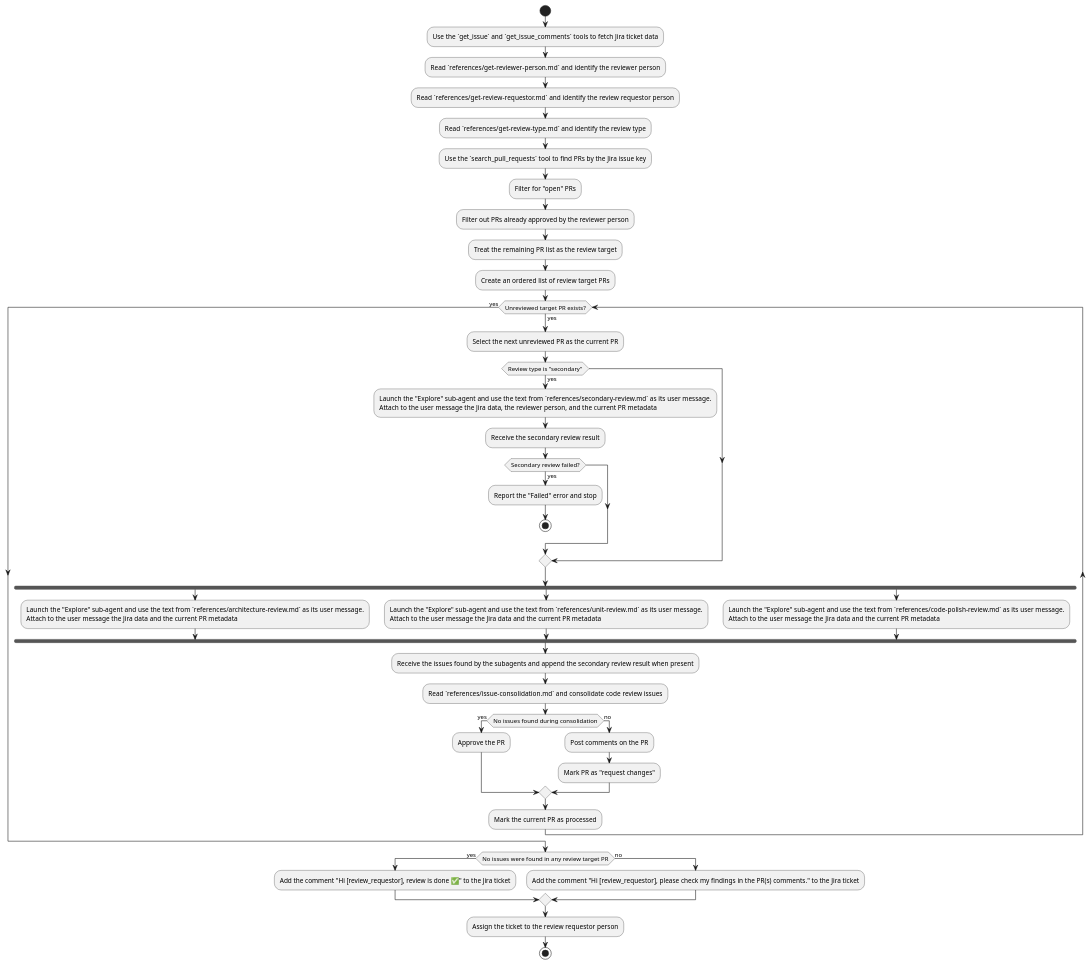
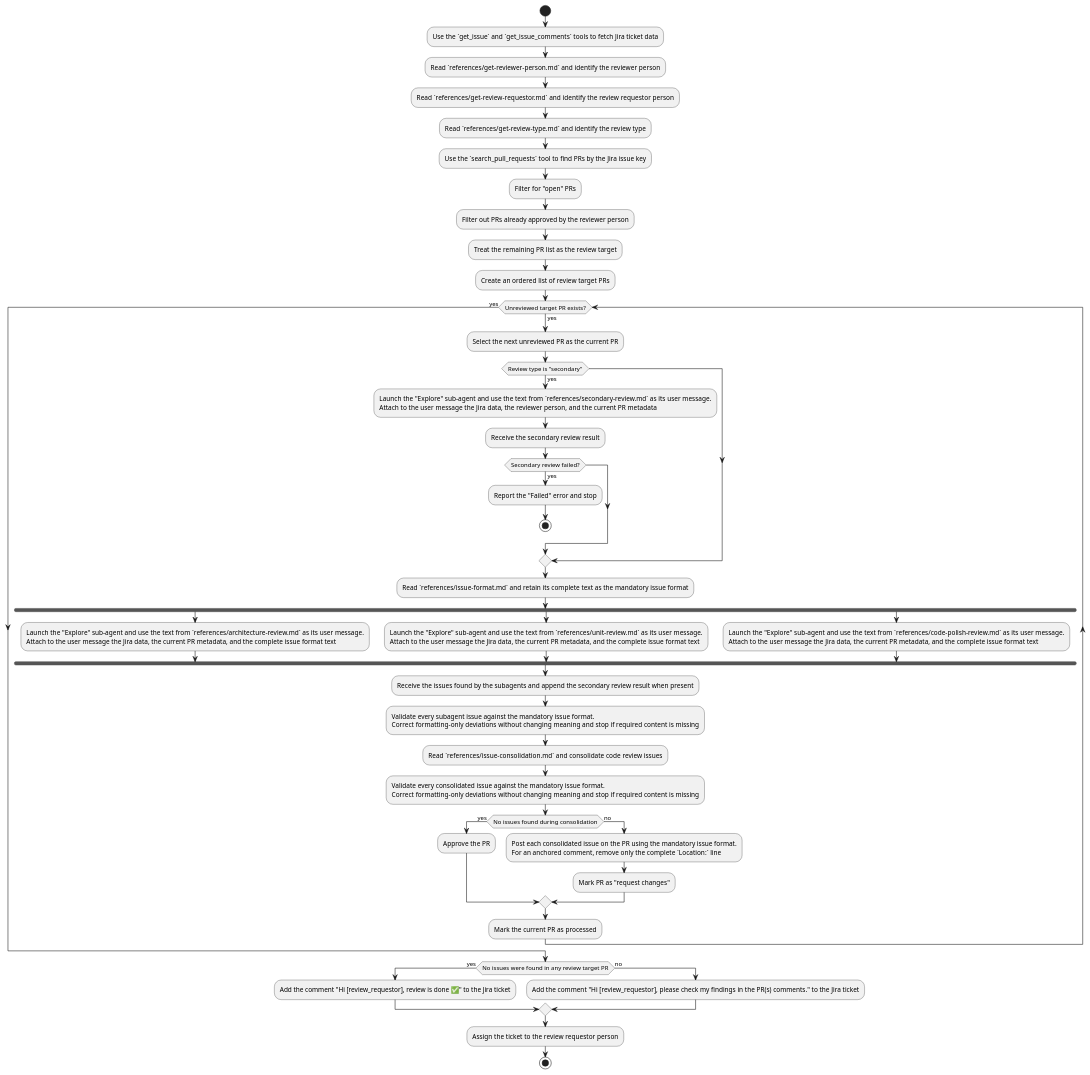
Before and after one commit to andrei-zanozin/skill_factory: the diagram in deep_review_workflow/build/skills/deep-review-workflow/SKILL.md, drawn with PlantUML. The commit also changed 1 other file, not shown here.

Commit message:
Enforce the issue format

```diff
--- a/deep_review_workflow/build/skills/deep-review-workflow/SKILL.md
+++ b/deep_review_workflow/build/skills/deep-review-workflow/SKILL.md
@@ -53,25 +53,34 @@
     endif
   endif
 
+  :Read `references/issue-format.md` and retain its complete text as the mandatory issue format;
+
   fork
     :Launch the "Explore" sub-agent and use the text from `references/architecture-review.md` as its user message.
-    Attach to the user message the Jira data and the current PR metadata;
+    Attach to the user message the Jira data, the current PR metadata, and the complete issue format text;
   fork again
     :Launch the "Explore" sub-agent and use the text from `references/unit-review.md` as its user message.
-    Attach to the user message the Jira data and the current PR metadata;
+    Attach to the user message the Jira data, the current PR metadata, and the complete issue format text;
   fork again
     :Launch the "Explore" sub-agent and use the text from `references/code-polish-review.md` as its user message.
-    Attach to the user message the Jira data and the current PR metadata;
+    Attach to the user message the Jira data, the current PR metadata, and the complete issue format text;
   end fork
 
   :Receive the issues found by the subagents and append the secondary review result when present;
 
+  :Validate every subagent issue against the mandatory issue format.
+  Correct formatting-only deviations without changing meaning and stop if required content is missing;
+
   :Read `references/issue-consolidation.md` and consolidate code review issues;
+
+  :Validate every consolidated issue against the mandatory issue format.
+  Correct formatting-only deviations without changing meaning and stop if required content is missing;
 
   if (No issues found during consolidation) then (yes)
     :Approve the PR;
   else (no)
-    :Post comments on the PR;
+    :Post each consolidated issue on the PR using the mandatory issue format.
+    For an anchored comment, remove only the complete `Location:` line;
 
     :Mark PR as "request changes";
   endif
```
